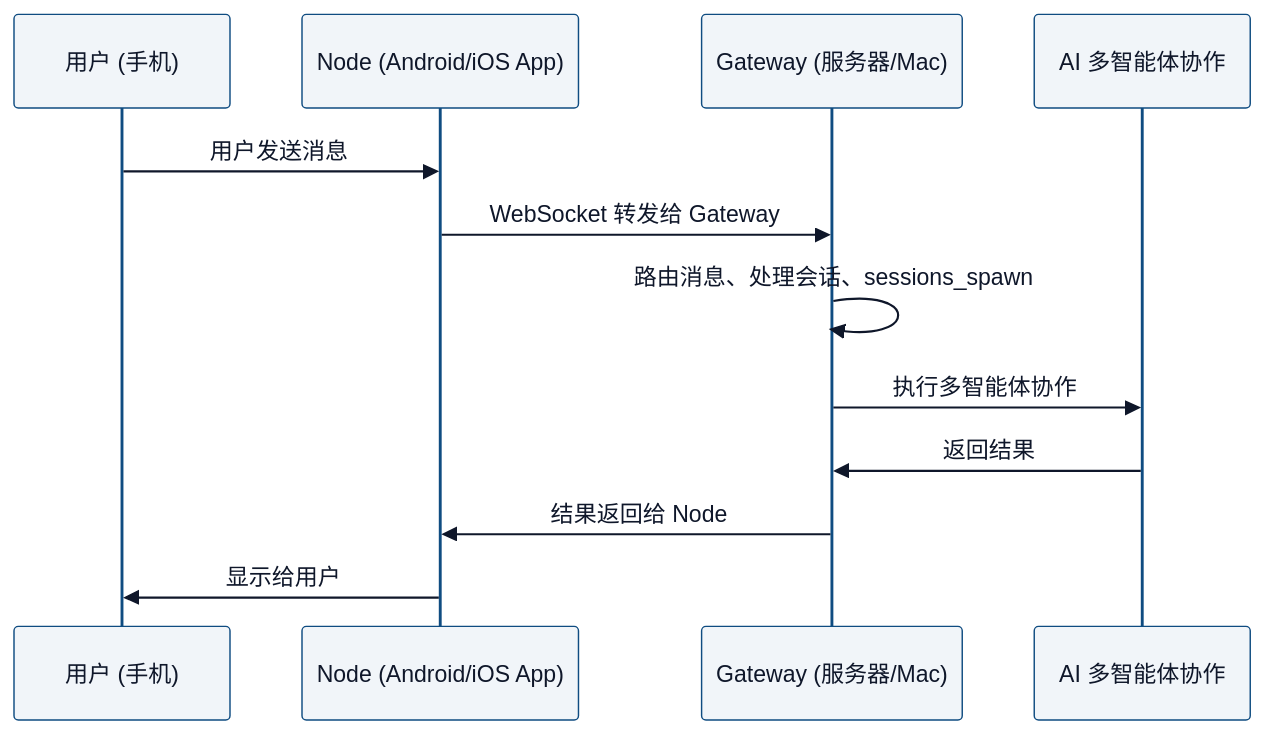
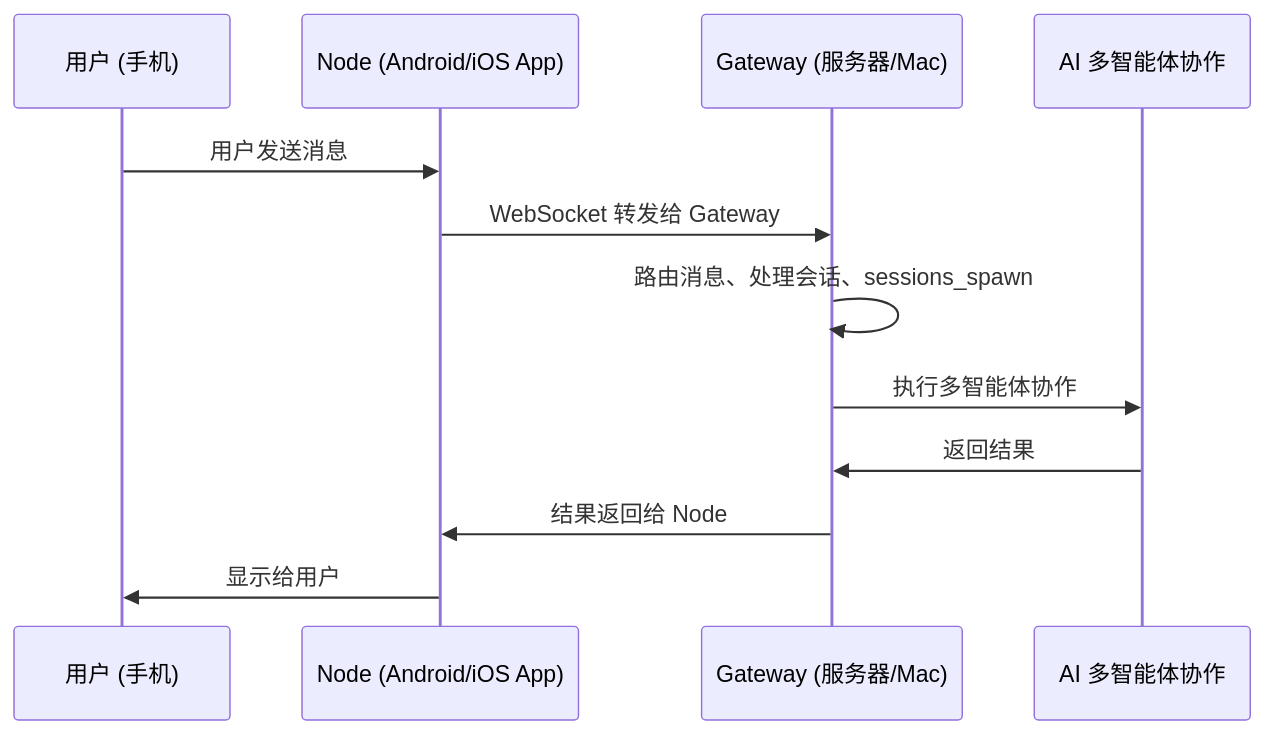
One commit to cygnusyang/cygnusyang.github.io changed the diagram in content/posts/openclaw/2026-05-05-第14章-platforms - 全平台安装部署指南.md. Above: the diagram before and after it, drawn with Mermaid. The commit also changed other lines of this file and 40 other files, not shown here.

````diff
--- a/content/posts/openclaw/2026-05-05-第14章-platforms - 全平台安装部署指南.md
+++ b/content/posts/openclaw/2026-05-05-第14章-platforms - 全平台安装部署指南.md
@@ -33,16 +31,15 @@
 ```mermaid
-%%{init: {'theme':'base','themeVariables': {'primaryColor':'#f1f5f9','primaryBorderColor':'#0f4c81','primaryTextColor':'#0f172a','secondaryColor':'#f1f5f9','secondaryBorderColor':'#0f4c81','secondaryTextColor':'#0f172a','tertiaryColor':'#fbbf24','tertiaryBorderColor':'#fbbf24','tertiaryTextColor':'#0f172a','background':'#f8fafc','fontFamily':'Inter, system-ui, sans-serif','fontSize':'14px','textColor':'#0f172a','lineColor':'#334155','edgeLabelBackground':'#ffffff','actorBorderColor':'#0f4c81','actorTextColor':'#0f172a','actorFill':'#f1f5f9'}}}%%
 sequenceDiagram
     participant U as 用户 (手机)
     participant N as Node (Android/iOS App)
     participant G as Gateway (服务器/Mac)
     participant AI as AI 多智能体协作
 
     U->>N: 用户发送消息
     N->>G: WebSocket 转发给 Gateway
     G->>G: 路由消息、处理会话、sessions_spawn
     G->>AI: 执行多智能体协作
     AI->>G: 返回结果
     G->>N: 结果返回给 Node
     N->>U: 显示给用户
 ```
````
